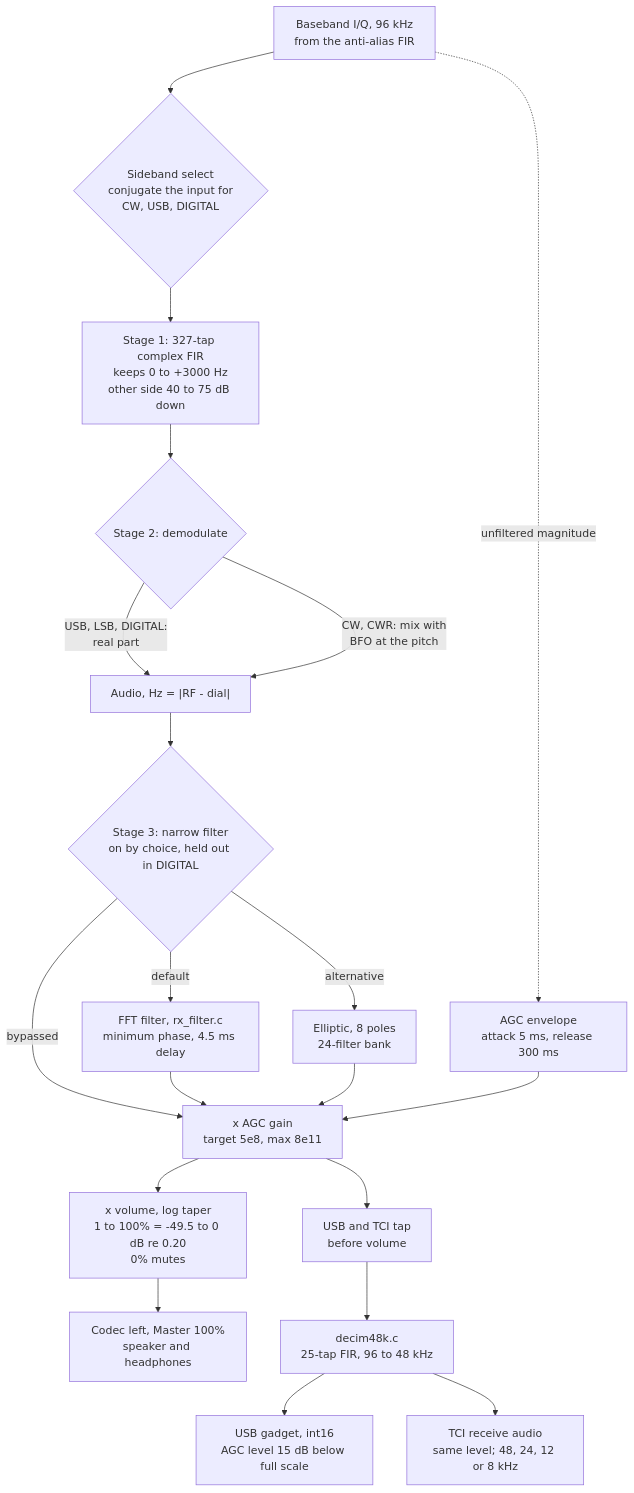
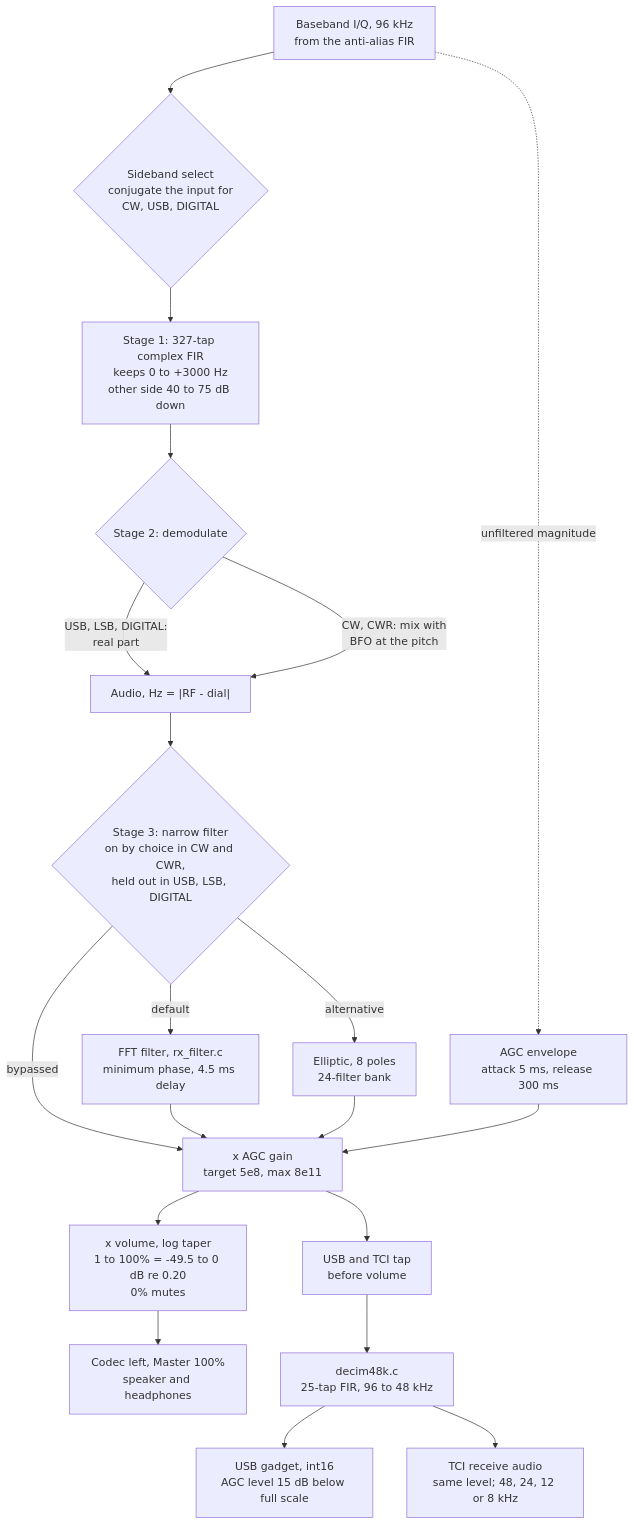
One commit to MikeJohnshoy/maxibitx changed the third of 4 diagrams in docs/00_intro.md. Above: the diagram before and after it, drawn with Mermaid. The commit also changed other lines of this file, not shown here.

First line of the commit message:
Clarify USB and LSB mode descriptions and filter behavior

````diff
--- a/docs/00_intro.md
+++ b/docs/00_intro.md
@@ -752,22 +753,22 @@
 ```mermaid
 flowchart TD
     IQ["Baseband I/Q, 96 kHz<br/>from the anti-alias FIR"] --> SEL{"Sideband select<br/>conjugate the input for<br/>CW, USB, DIGITAL"}
     IQ -.->|"unfiltered magnitude"| AGCE["AGC envelope<br/>attack 5 ms, release 300 ms"]
     SEL --> S1["Stage 1: 327-tap complex FIR<br/>keeps 0 to +3000 Hz<br/>other side 40 to 75 dB down"]
     S1 --> S2{"Stage 2: demodulate"}
     S2 -->|"USB, LSB, DIGITAL:<br/>real part"| A["Audio, Hz = |RF - dial|"]
     S2 -->|"CW, CWR: mix with<br/>BFO at the pitch"| A
-    A --> S3{"Stage 3: narrow filter<br/>on by choice, held out in DIGITAL"}
+    A --> S3{"Stage 3: narrow filter<br/>on by choice in CW and CWR,<br/>held out in USB, LSB, DIGITAL"}
     S3 -->|"default"| FFT["FFT filter, rx_filter.c<br/>minimum phase, 4.5 ms delay"]
     S3 -->|"alternative"| ELL["Elliptic, 8 poles<br/>24-filter bank"]
     S3 -->|"bypassed"| G
     FFT --> G["x AGC gain<br/>target 5e8, max 8e11"]
     ELL --> G
     AGCE --> G
     G --> UAC["USB and TCI tap<br/>before volume"]
     G --> VOL["x volume, log taper<br/>1 to 100% = -49.5 to 0 dB re 0.20<br/>0% mutes"]
     VOL --> SPK["Codec left, Master 100%<br/>speaker and headphones"]
     UAC --> DEC["decim48k.c<br/>25-tap FIR, 96 to 48 kHz"]
     DEC --> USB["USB gadget, int16<br/>AGC level 15 dB below full scale"]
     DEC --> TCIA["TCI receive audio<br/>same level; 48, 24, 12 or 8 kHz"]
 ```
````
